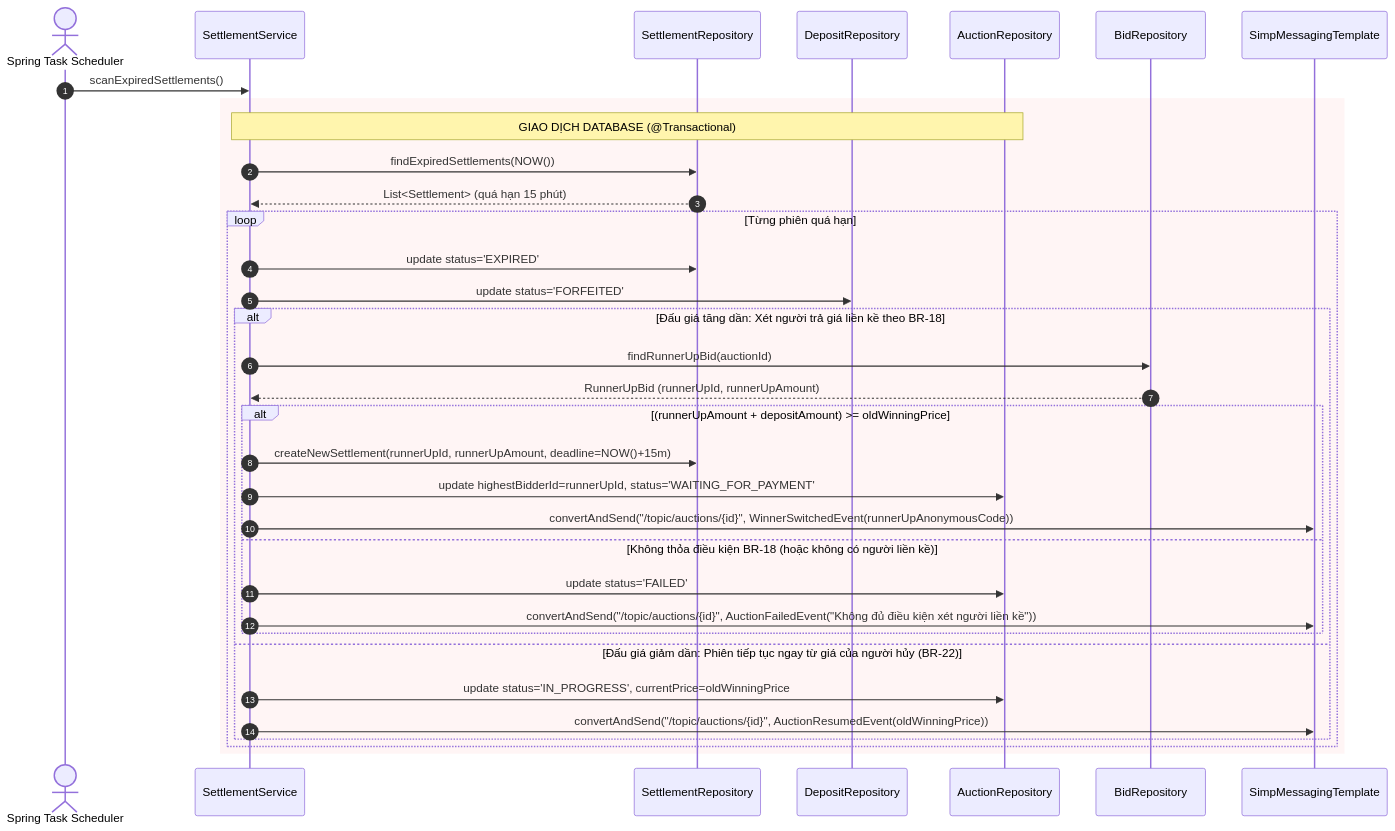
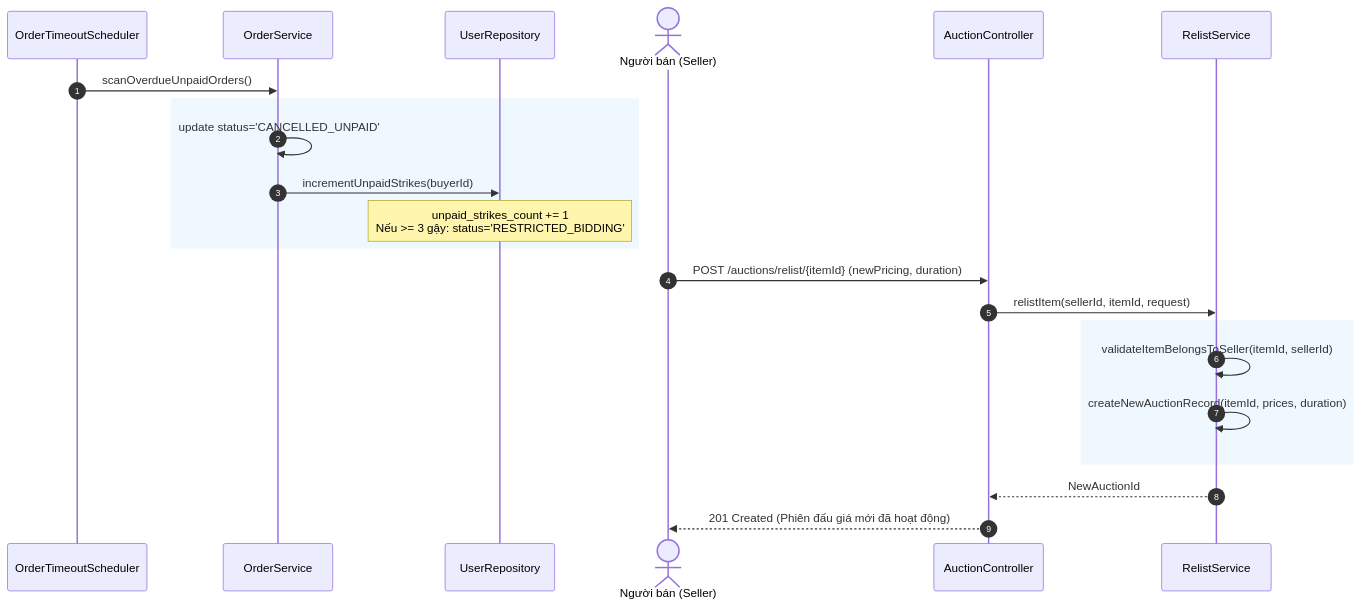
The sixth of 6 diagrams in docs/SEQUENCES.md (CoinSs0903/PROJECT_1), drawn with Mermaid before and after one commit. The commit also changed other lines of this file and 86 other files, not shown here.

Commit message:
feat: complete tasks 0 to 10 with new 14-table ERD for automated proxy bidding system

````diff
--- a/docs/SEQUENCES.md
+++ b/docs/SEQUENCES.md
@@ -316,46 +252,28 @@
 ```mermaid
 sequenceDiagram
     autonumber
-    actor Scheduler as Spring Task Scheduler
-    participant SetService as SettlementService
-    participant SetRepo as SettlementRepository
-    participant DepRepo as DepositRepository
-    participant AucRepo as AuctionRepository
-    participant BidRepo as BidRepository
-    participant WsTemplate as SimpMessagingTemplate
+    participant Scheduler as OrderTimeoutScheduler
+    participant OrderService as OrderService
+    participant UserRepo as UserRepository
+    actor Seller as Người bán (Seller)
+    participant AucCtrl as AuctionController
+    participant RelistService as RelistService
 
-    Scheduler->>SetService: scanExpiredSettlements()
+    %% Giai đoạn 1: Quét quá hạn
+    Scheduler->>OrderService: scanOverdueUnpaidOrders()
+    rect rgb(240, 248, 255)
+        OrderService->>OrderService: update status='CANCELLED_UNPAID'
+        OrderService->>UserRepo: incrementUnpaidStrikes(buyerId)
+        note over UserRepo: unpaid_strikes_count += 1<br/>Nếu >= 3 gậy: status='RESTRICTED_BIDDING'
+    end
 
-    rect rgb(255, 245, 245)
-        note over SetService, AucRepo: GIAO DỊCH DATABASE (@Transactional)
-        SetService->>SetRepo: findExpiredSettlements(NOW())
-        SetRepo-->>SetService: List<Settlement> (quá hạn 15 phút)
-
-        loop Từng phiên quá hạn
-            SetService->>SetRepo: update status='EXPIRED'
-            %% Phạt tiền cọc của người trúng chuyển cho Seller (BR-14, BR-27)
-            SetService->>DepRepo: update status='FORFEITED'
-
-            alt Đấu giá tăng dần: Xét người trả giá liền kề theo BR-18
-                SetService->>BidRepo: findRunnerUpBid(auctionId)
-                BidRepo-->>SetService: RunnerUpBid (runnerUpId, runnerUpAmount)
-
-                %% Kiểm tra điều kiện số học BR-18: (Giá liền kề + Tiền cọc phạt) >= Giá trúng cũ
-                alt (runnerUpAmount + depositAmount) >= oldWinningPrice
-                    %% Thỏa điều kiện BR-18: Kích hoạt lượt thanh toán cho người liền kề
-                    SetService->>SetRepo: createNewSettlement(runnerUpId, runnerUpAmount, deadline=NOW()+15m)
-                    SetService->>AucRepo: update highestBidderId=runnerUpId, status='WAITING_FOR_PAYMENT'
-                    SetService->>WsTemplate: convertAndSend("/topic/auctions/{id}", WinnerSwitchedEvent(runnerUpAnonymousCode))
-                else Không thỏa điều kiện BR-18 (hoặc không có người liền kề)
-                    %% Phiên không thành theo BR-24
-                    SetService->>AucRepo: update status='FAILED'
-                    SetService->>WsTemplate: convertAndSend("/topic/auctions/{id}", AuctionFailedEvent("Không đủ điều kiện xét người liền kề"))
-                end
-
-            else Đấu giá giảm dần: Phiên tiếp tục ngay từ giá của người hủy (BR-22)
-                SetService->>AucRepo: update status='IN_PROGRESS', currentPrice=oldWinningPrice
-                SetService->>WsTemplate: convertAndSend("/topic/auctions/{id}", AuctionResumedEvent(oldWinningPrice))
-            end
-        end
+    %% Giai đoạn 2: Seller thực hiện Relist món hàng
+    Seller->>AucCtrl: POST /auctions/relist/{itemId} (newPricing, duration)
+    AucCtrl->>RelistService: relistItem(sellerId, itemId, request)
+    rect rgb(240, 248, 255)
+        RelistService->>RelistService: validateItemBelongsToSeller(itemId, sellerId)
+        RelistService->>RelistService: createNewAuctionRecord(itemId, prices, duration)
     end
+    RelistService-->>AucCtrl: NewAuctionId
+    AucCtrl-->>Seller: 201 Created (Phiên đấu giá mới đã hoạt động)
 ```
````
